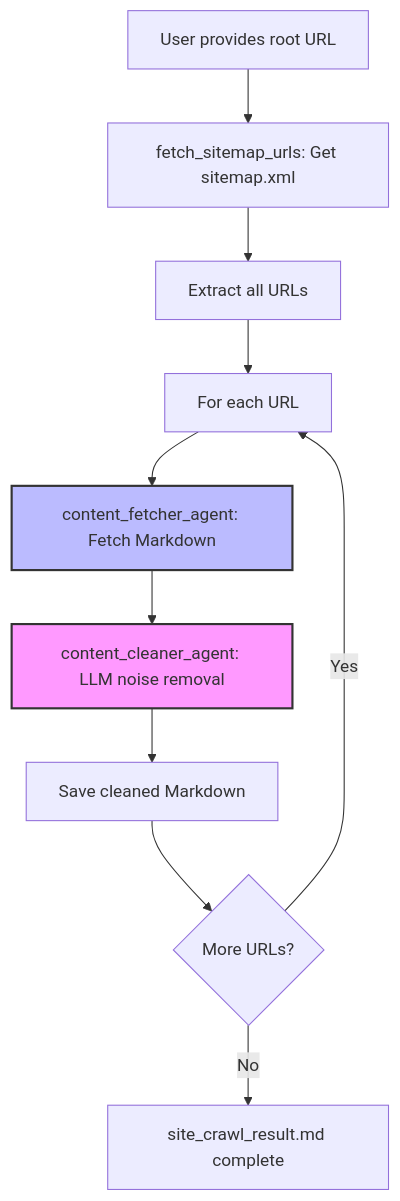
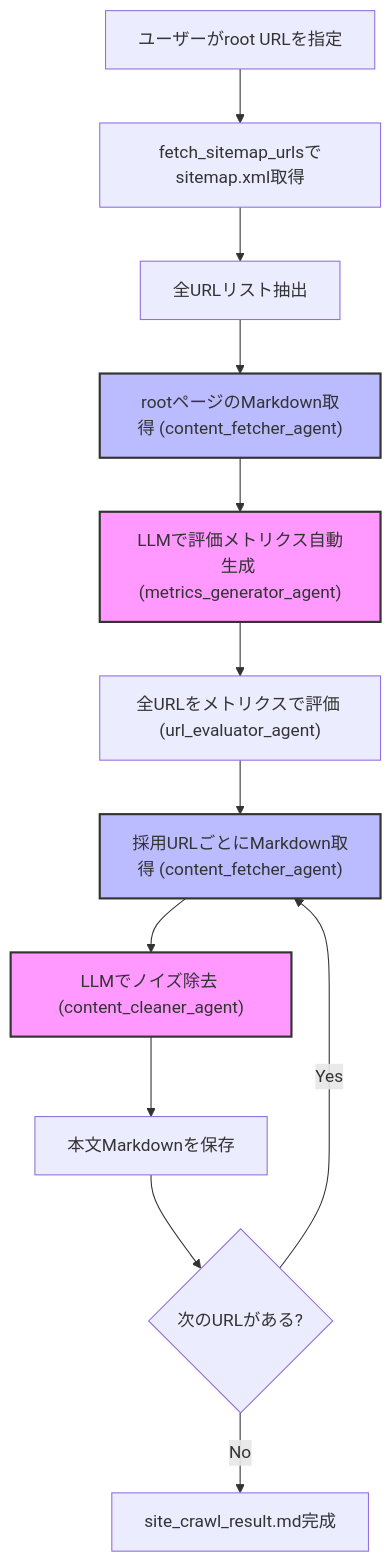
The diagram in README.md (thukabjj/Agentic-web-scraper), drawn with Mermaid before and after one commit. The commit also changed other lines of this file and 4 other files, not shown here.

````diff
--- a/README.md
+++ b/README.md
@@ -30,14 +31,18 @@
 ```mermaid
 flowchart TD
-    A["User provides root URL"] --> B["fetch_sitemap_urls: Get sitemap.xml"]
-    B --> C["Extract all URLs"]
-    C --> D["For each URL"]
-    D --> E["content_fetcher_agent: Fetch Markdown"]
-    E --> F["content_cleaner_agent: LLM noise removal"]
-    F --> G["Save cleaned Markdown"]
-    G --> H{"More URLs?"}
-    H -- "Yes" --> D
-    H -- "No" --> I["site_crawl_result.md complete"]
-    style F fill:#f9f,stroke:#333,stroke-width:2px
-    style E fill:#bbf,stroke:#333,stroke-width:2px
+    A["ユーザーがroot URLを指定"] --> B["fetch_sitemap_urlsでsitemap.xml取得"]
+    B --> C["全URLリスト抽出"]
+    C --> D["rootページのMarkdown取得 (content_fetcher_agent)"]
+    D --> E["LLMで評価メトリクス自動生成 (metrics_generator_agent)"]
+    E --> F["全URLをメトリクスで評価 (url_evaluator_agent)"]
+    F --> G["採用URLごとにMarkdown取得 (content_fetcher_agent)"]
+    G --> H["LLMでノイズ除去 (content_cleaner_agent)"]
+    H --> I["本文Markdownを保存"]
+    I --> J{"次のURLがある?"}
+    J -- "Yes" --> G
+    J -- "No" --> K["site_crawl_result.md完成"]
+    style E fill:#f9f,stroke:#333,stroke-width:2px
+    style H fill:#f9f,stroke:#333,stroke-width:2px
+    style G fill:#bbf,stroke:#333,stroke-width:2px
+    style D fill:#bbf,stroke:#333,stroke-width:2px
 ```
````
